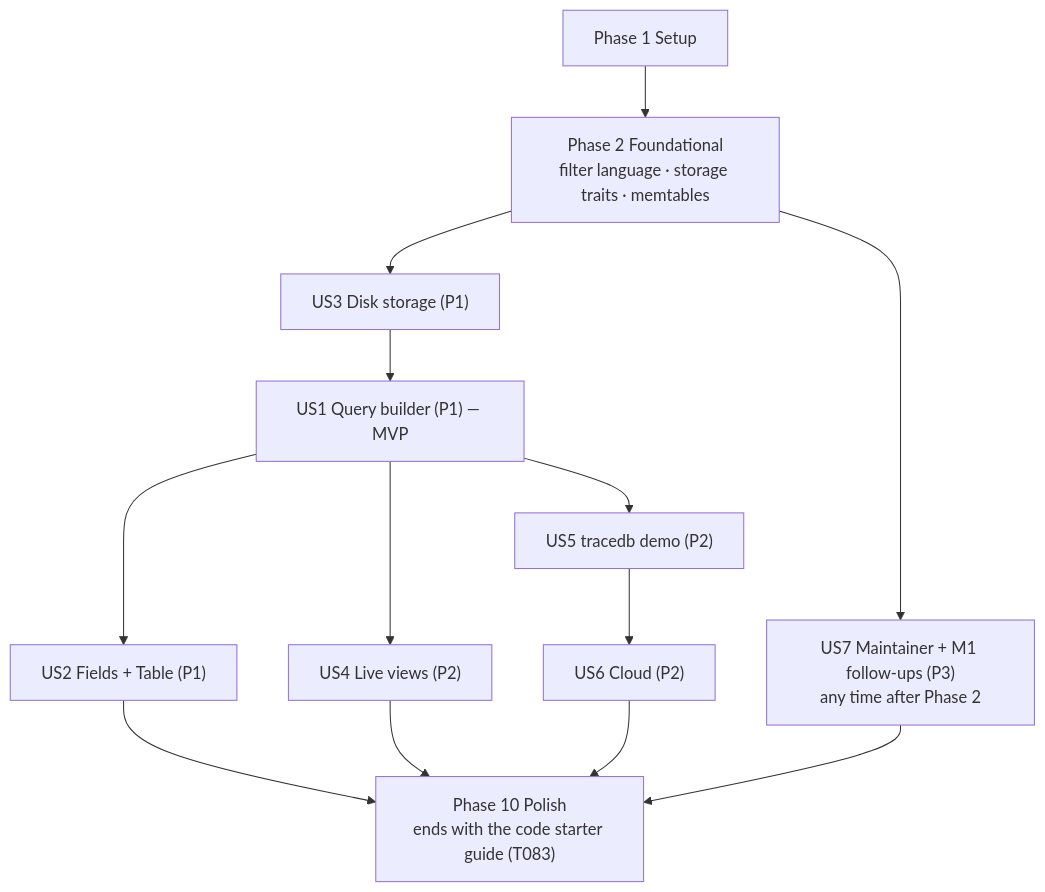
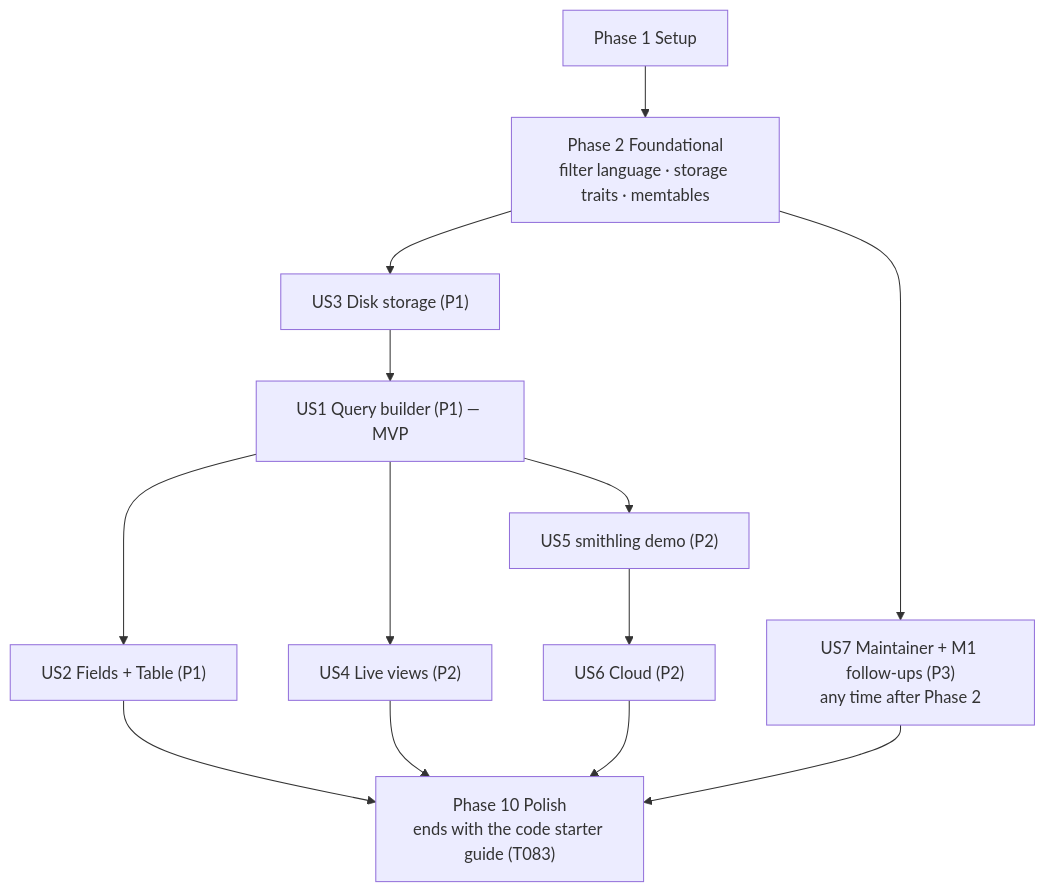
One commit to liukai/smithling changed the diagram in specs/002-m2-durable-storage-query-builder/tasks.md. Above: the diagram before and after it, drawn with Mermaid. The commit also changed other lines of this file and 199 other files, not shown here.

First line of the commit message:
refactor: rename tracedb to Smithling (D-037)

````diff
--- a/specs/002-m2-durable-storage-query-builder/tasks.md
+++ b/specs/002-m2-durable-storage-query-builder/tasks.md
@@ -261,25 +261,25 @@
 ```mermaid
 flowchart TB
     P1["Phase 1 Setup"]
     P2["Phase 2 Foundational<br/>filter language · storage traits · memtables"]
     US7["US7 Maintainer + M1 follow-ups (P3)<br/>any time after Phase 2"]
     US3["US3 Disk storage (P1)"]
     US1["US1 Query builder (P1) — MVP"]
     US2["US2 Fields + Table (P1)"]
     US4["US4 Live views (P2)"]
-    US5["US5 tracedb demo (P2)"]
+    US5["US5 smithling demo (P2)"]
     US6["US6 Cloud (P2)"]
     PL["Phase 10 Polish<br/>ends with the code starter guide (T083)"]
     P1 --> P2
     P2 --> US7
     P2 --> US3
     US3 --> US1
     US1 --> US2
     US1 --> US4
     US1 --> US5
     US5 --> US6
     US2 --> PL
     US4 --> PL
     US6 --> PL
     US7 --> PL
 ```
````
